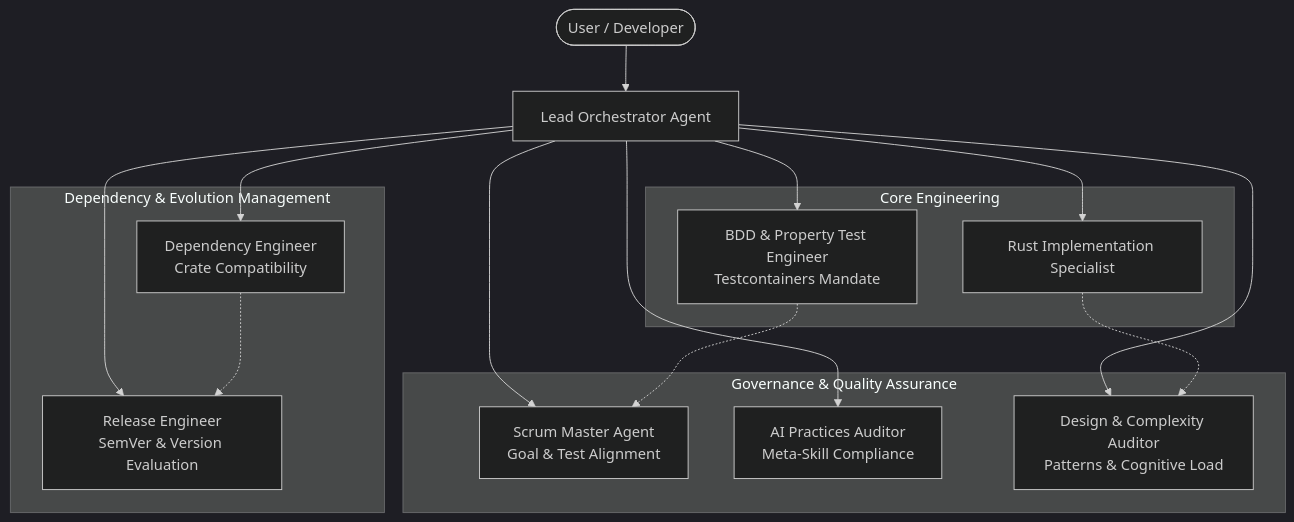
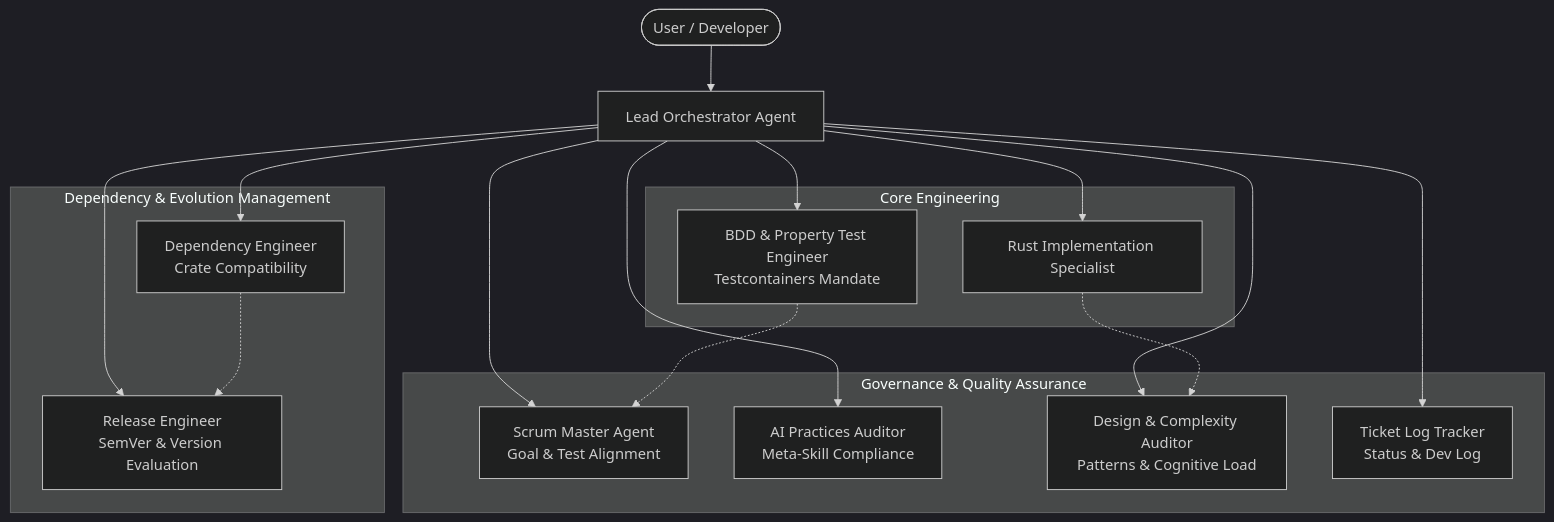
Before and after one commit to yasuomaidana/embedag: the diagram in AGENTS.md, drawn with Mermaid (dark theme). The commit also changed other lines of this file and 3 other files, not shown here.

````diff
--- a/AGENTS.md
+++ b/AGENTS.md
@@ -16,32 +15,34 @@
 ```mermaid
 flowchart TD
     User([User / Developer]) --> Orchestrator[Lead Orchestrator Agent]
     
     subgraph "Governance & Quality Assurance"
         SM[Scrum Master Agent<br/>Goal & Test Alignment]
         Audit[AI Practices Auditor<br/>Meta-Skill Compliance]
         Arch[Design & Complexity Auditor<br/>Patterns & Cognitive Load]
+        Tracker[Ticket Log Tracker<br/>Status & Dev Log]
     end
 
     subgraph "Dependency & Evolution Management"
         CrateEng[Dependency Engineer<br/>Crate Compatibility]
         VersionEng[Release Engineer<br/>SemVer & Version Evaluation]
     end
 
     subgraph "Core Engineering"
         Builder[Rust Implementation Specialist]
         Tester[BDD & Property Test Engineer<br/>Testcontainers Mandate]
     end
 
     Orchestrator --> SM
     Orchestrator --> Audit
     Orchestrator --> Arch
+    Orchestrator --> Tracker
     Orchestrator --> CrateEng
     Orchestrator --> VersionEng
     Orchestrator --> Builder
     Orchestrator --> Tester
 
     Builder -.-> Arch
     Tester -.-> SM
     CrateEng -.-> VersionEng
 ```
````
